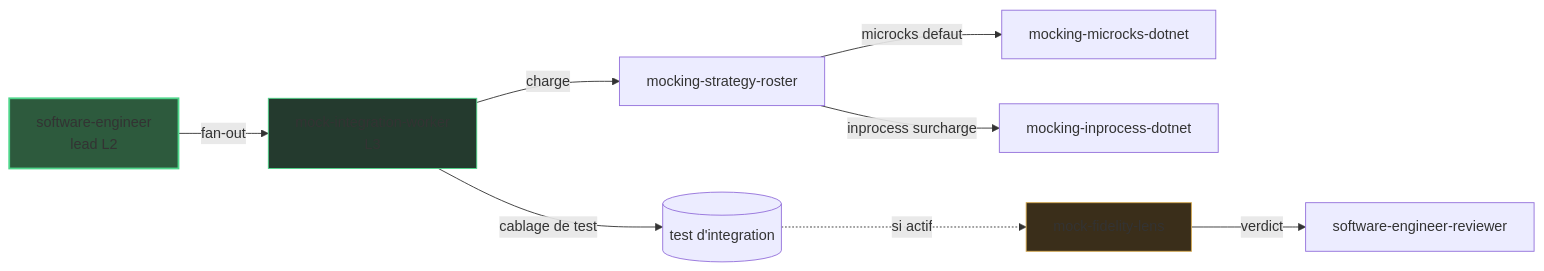
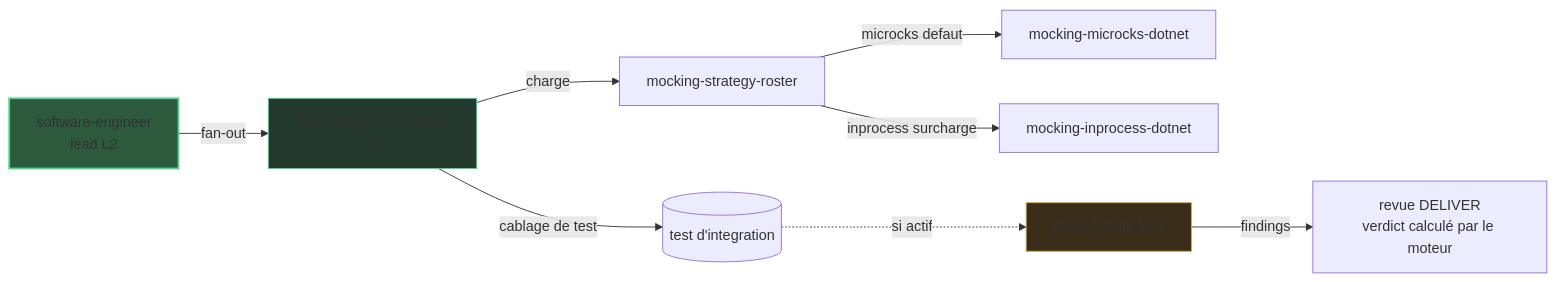
The diagram in docs/site/fr/explanation/deep-dive/mocking-microcks.md (SebastienDegodez/skraft-plugin), drawn with Mermaid before and after one commit. The commit also changed other lines of this file and 90 other files, not shown here.

````diff
--- a/docs/site/fr/explanation/deep-dive/mocking-microcks.md
+++ b/docs/site/fr/explanation/deep-dive/mocking-microcks.md
@@ -28,14 +28,14 @@
 ```mermaid
 graph LR
     SE[software-engineer<br/>lead L2] -->|fan-out| MIW[mock-integration-worker<br/>L3]
     MIW -->|charge| RST[mocking-strategy-roster]
     RST -->|microcks defaut| MMD[mocking-microcks-dotnet]
     RST -->|inprocess surcharge| MID[mocking-inprocess-dotnet]
     MIW -->|cablage de test| A[(test d'integration)]
     A -.si actif.-> MFL[mock-fidelity-lens]
-    MFL -->|verdict| SER[software-engineer-reviewer]
+    MFL -->|findings| DR[revue DELIVER<br/>verdict calculé par le moteur]
 
     style SE fill:#2d5a3d,stroke:#4ed58a,stroke-width:2px
     style MIW fill:#243a2e,stroke:#4ed58a
     style MFL fill:#3a2e1a,stroke:#d5a84e
 ```
````
